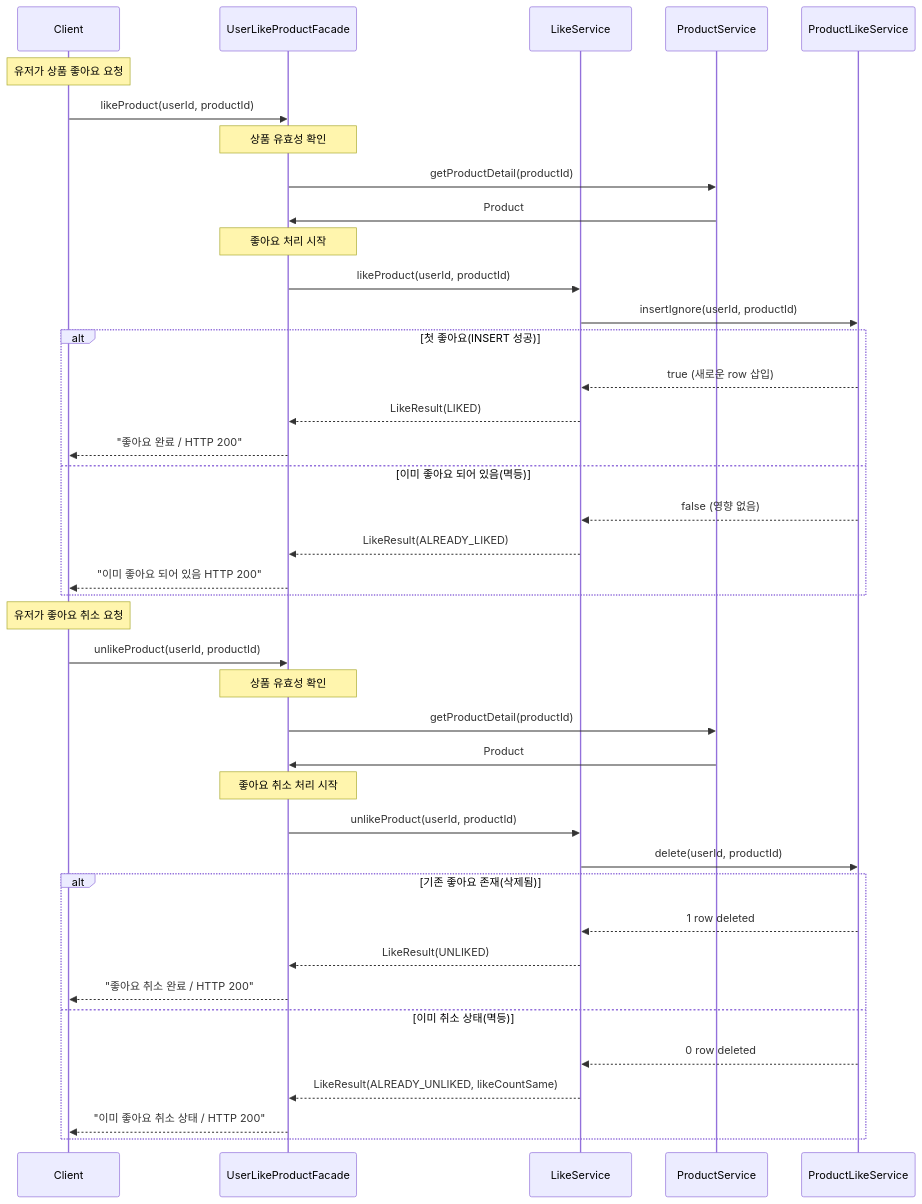
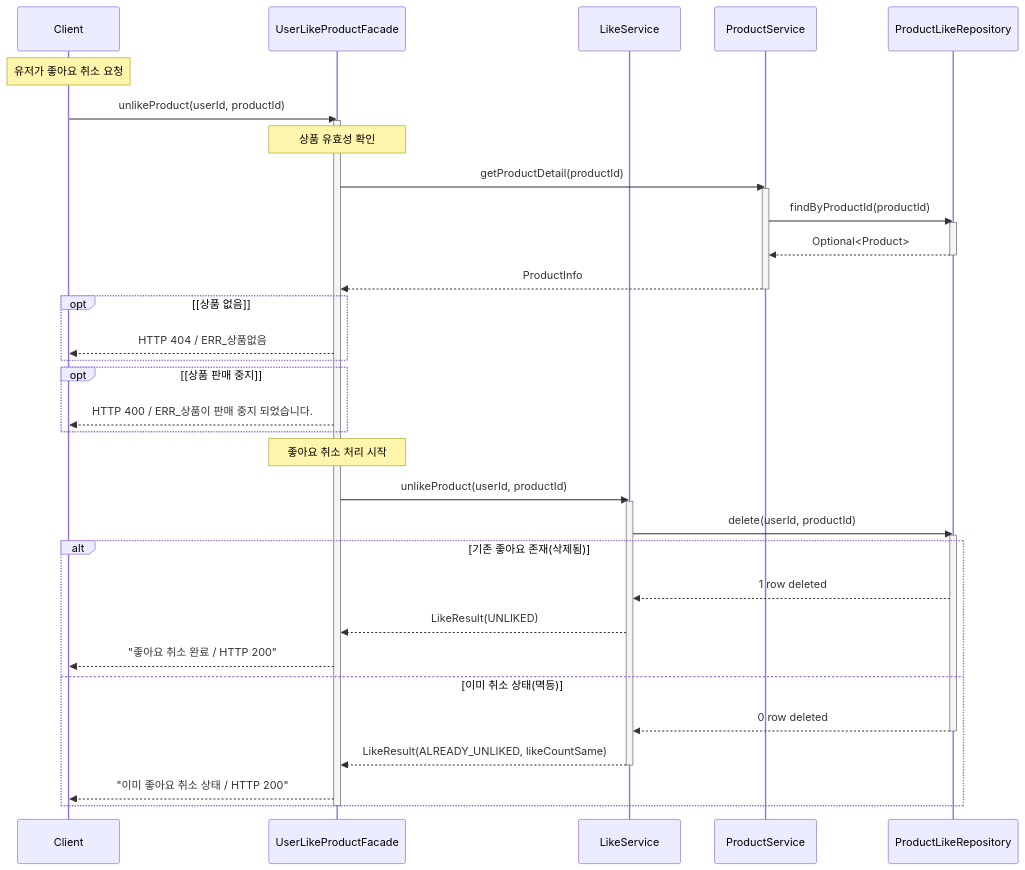
Before and after one commit to Loopers-dev-lab/loopers-spring-java-template: the second of 3 diagrams in docs/week2/02-sequence-diagrams.md, drawn with Mermaid. The commit also changed other lines of this file, not shown here.

Commit message:
fix : 좋아요 시퀀스다이어그램 보완
- activation box 보완
- 상품 정보 유효성 확인 단계 관련 보완
- 좋아요 등록/취소 시퀀스 다이어그램 분리

````diff
--- a/docs/week2/02-sequence-diagrams.md
+++ b/docs/week2/02-sequence-diagrams.md
@@ -11,52 +63,50 @@
 ```mermaid
 sequenceDiagram
     participant U as Client
     participant F as UserLikeProductFacade
     participant S as LikeService
     participant P as ProductService
-    participant L as ProductLikeService
-
-    Note over U: 유저가 상품 좋아요 요청
-    U->>F: likeProduct(userId, productId)
-
-    Note over F: 상품 유효성 확인
-    F->>P: getProductDetail(productId)
-    P->>F: Product
-
-    Note over F: 좋아요 처리 시작
-    F->>S: likeProduct(userId, productId)
-    S->>L: insertIgnore(userId, productId)
-
-    alt 첫 좋아요(INSERT 성공)
-        L-->>S: true (새로운 row 삽입)
-        S-->>F: LikeResult(LIKED)
-        F-->>U: "좋아요 완료 / HTTP 200"
-    else 이미 좋아요 되어 있음(멱등)
-        L-->>S: false (영향 없음)
-        S-->>F: LikeResult(ALREADY_LIKED)
-        F-->>U: "이미 좋아요 되어 있음 HTTP 200"
+    participant L as ProductLikeRepository
+    
+    Note over U: 유저가 좋아요 취소 요청
+    U->>F: unlikeProduct(userId, productId)
+    activate F
+        Note over F: 상품 유효성 확인
+        F->>P: getProductDetail(productId)
+        activate P
+            P->>L:findByProductId(productId)
+            activate L
+            L-->>P: Optional<Product>
+            deactivate L
+            P-->>F: ProductInfo
+        deactivate P
+    %% 상품정보 유효성 확인 결과 리턴
+    opt [상품 없음]
+        F-->>U: HTTP 404 / ERR_상품없음
+    end
+    opt [상품 판매 중지]
+        F-->>U: HTTP 400 / ERR_상품이 판매 중지 되었습니다.
     end
 
-    Note over U: 유저가 좋아요 취소 요청
-    U->>F: unlikeProduct(userId, productId)
-
-    Note over F: 상품 유효성 확인
-    F->>P: getProductDetail(productId)
-    P->>F: Product
 
     Note over F: 좋아요 취소 처리 시작
     F->>S: unlikeProduct(userId, productId)
-    S->>L: delete(userId, productId)
+    activate S
+        S->>L: delete(userId, productId)
 
-    alt 기존 좋아요 존재(삭제됨)
-        L-->>S: 1 row deleted
-        S-->>F: LikeResult(UNLIKED)
-        F-->>U: "좋아요 취소 완료 / HTTP 200"
-    else 이미 취소 상태(멱등)
-        L-->>S: 0 row deleted
-        S-->>F: LikeResult(ALREADY_UNLIKED, likeCountSame)
-        F-->>U: "이미 좋아요 취소 상태 / HTTP 200"
-    end
-
+        activate L
+        alt 기존 좋아요 존재(삭제됨)
+            L-->>S: 1 row deleted
+            S-->>F: LikeResult(UNLIKED)
+            F-->>U: "좋아요 취소 완료 / HTTP 200"
+        else 이미 취소 상태(멱등)
+            L-->>S: 0 row deleted
+            deactivate L
+            S-->>F: LikeResult(ALREADY_UNLIKED, likeCountSame)
+            deactivate S
+            F-->>U: "이미 좋아요 취소 상태 / HTTP 200"
+        end
+    
+    deactivate F
 
 ```
````
